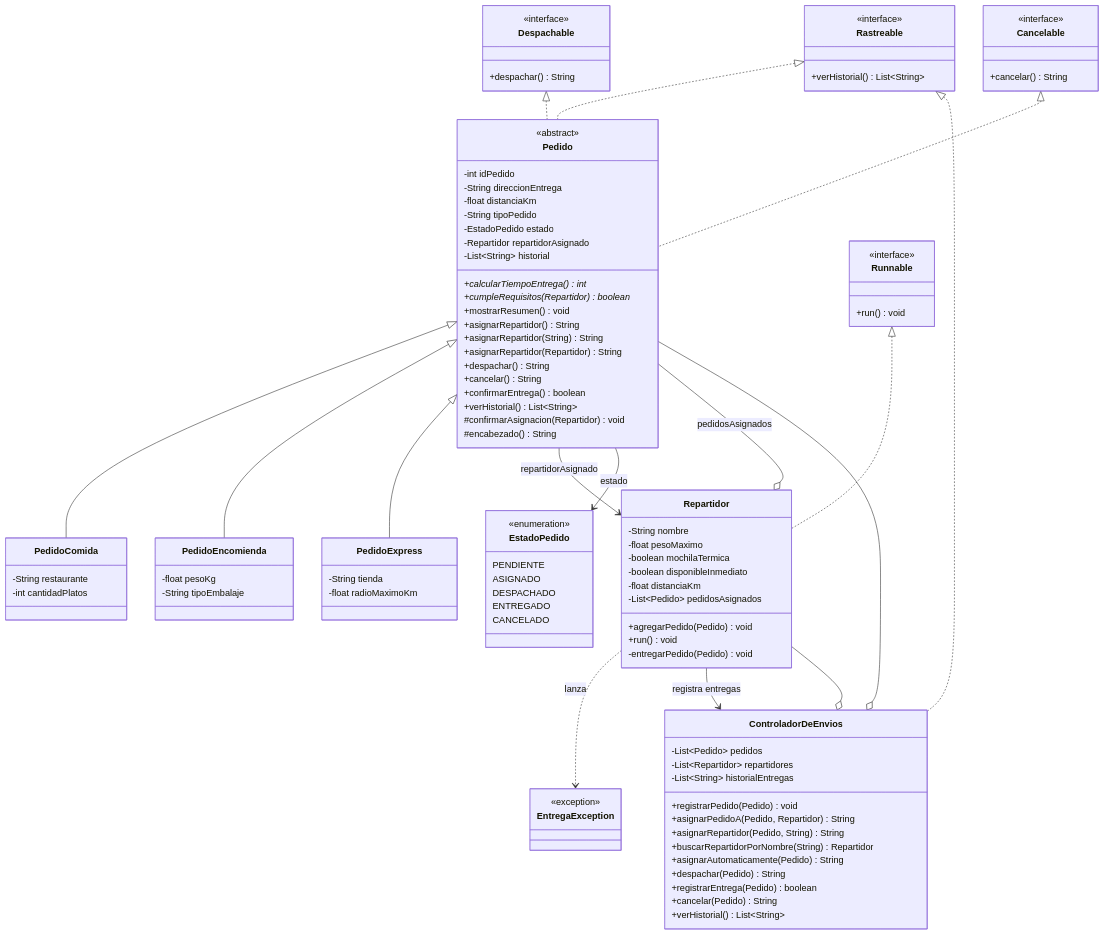
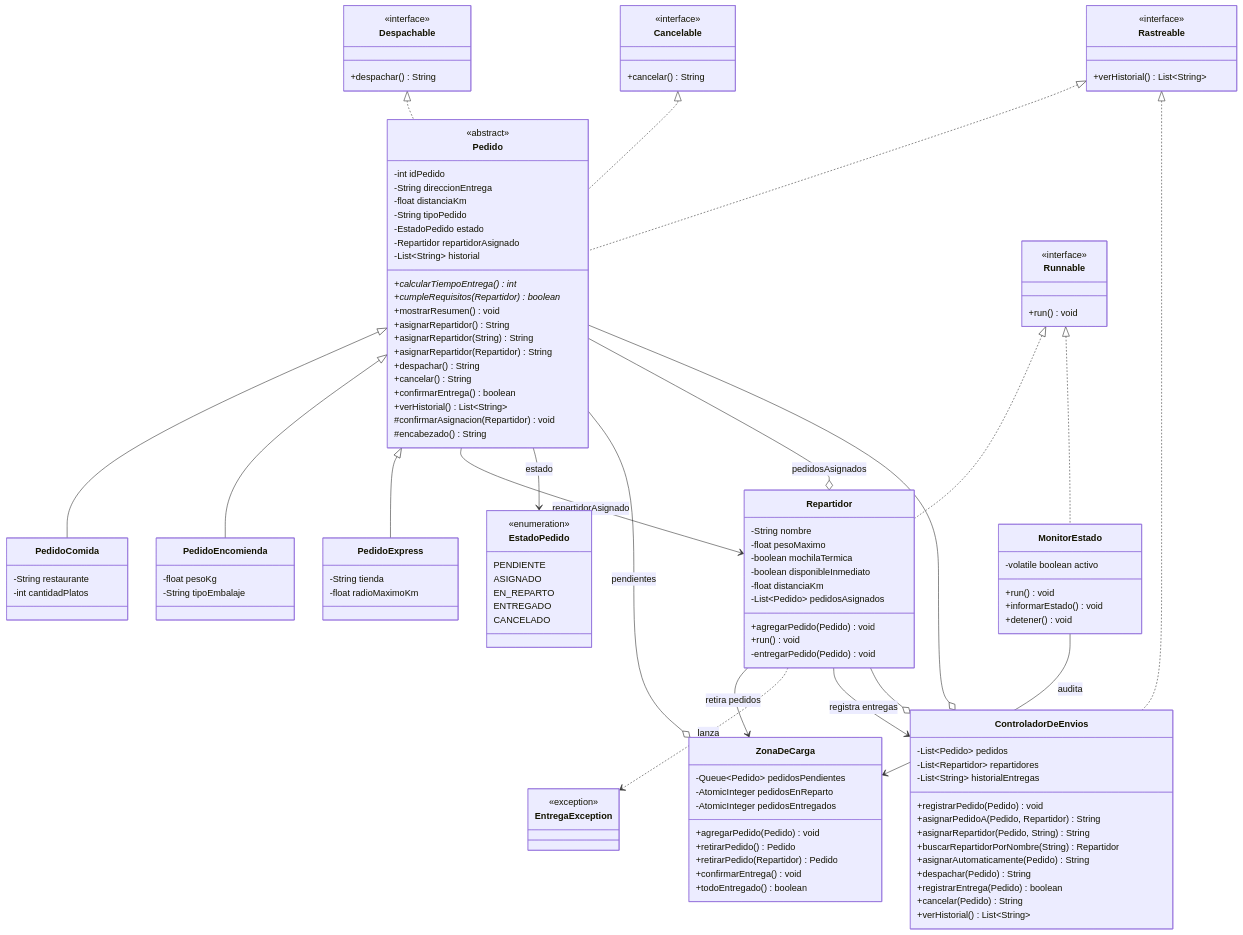
One commit to sara-rioseco/speedfast changed the diagram in README.md. Above: the diagram before and after it, drawn with Mermaid. The commit also changed other lines of this file and 6 other files, not shown here.

Commit message:
- Agrega ZonadeCarga y MonitorEstado - Actualiza Pedido, EstadoPedido y Repartidor - Actualiza README.md

```diff
--- a/README.md
+++ b/README.md
@@ -137,6 +141,24 @@
         +run() void
     }
 
+    class ZonaDeCarga {
+        -Queue~Pedido~ pedidosPendientes
+        -AtomicInteger pedidosEnReparto
+        -AtomicInteger pedidosEntregados
+        +agregarPedido(Pedido) void
+        +retirarPedido() Pedido
+        +retirarPedido(Repartidor) Pedido
+        +confirmarEntrega() void
+        +todoEntregado() boolean
+    }
+
+    class MonitorEstado {
+        -volatile boolean activo
+        +run() void
+        +informarEstado() void
+        +detener() void
+    }
+
     class Repartidor {
         -String nombre
         -float pesoMaximo
@@ -153,7 +175,7 @@
         <<enumeration>>
         PENDIENTE
         ASIGNADO
-        DESPACHADO
+        EN_REPARTO
         ENTREGADO
         CANCELADO
     }
@@ -167,6 +189,10 @@
     Rastreable <|.. Pedido
     Rastreable <|.. ControladorDeEnvios
     Runnable <|.. Repartidor
+    Runnable <|.. MonitorEstado
+    Repartidor --> ZonaDeCarga : retira pedidos
+    MonitorEstado --> ZonaDeCarga : audita
+    ZonaDeCarga o-- Pedido : pendientes
     Pedido <|-- PedidoComida
     Pedido <|-- PedidoEncomienda
     Pedido <|-- PedidoExpress
```
